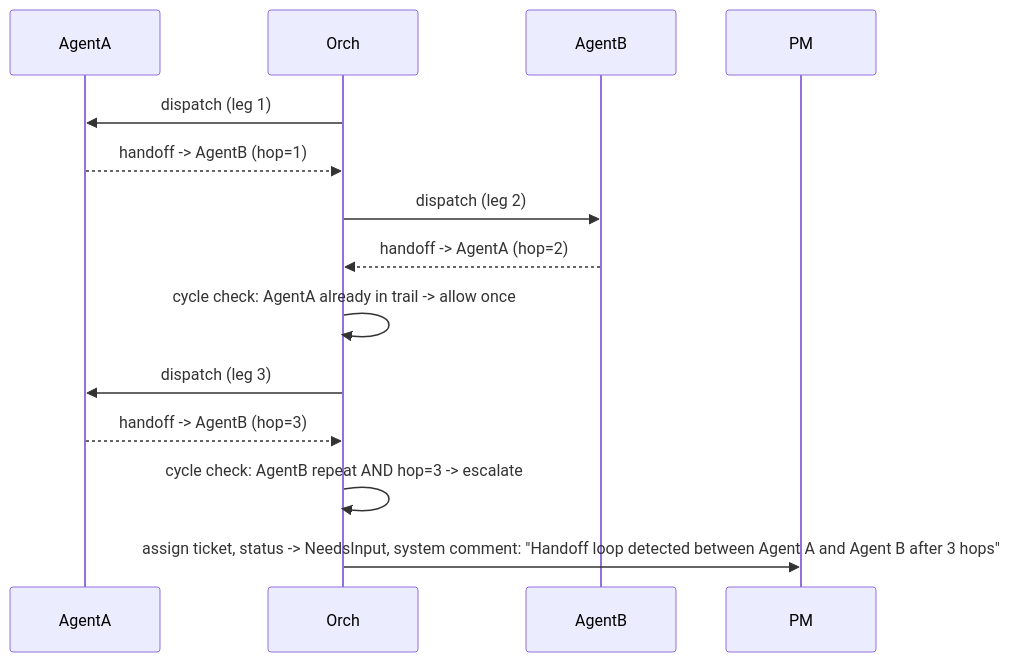
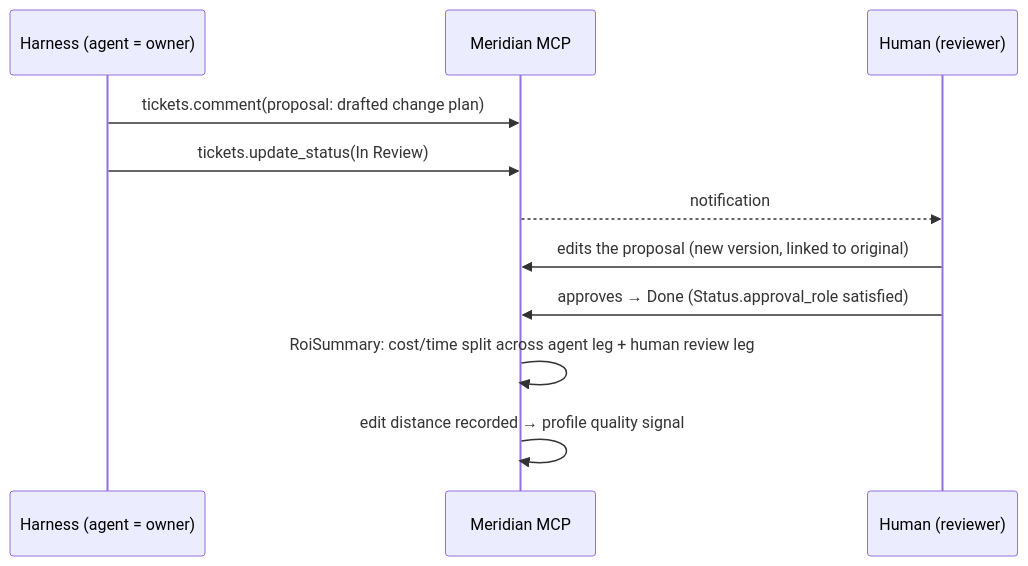
The sixth of 8 diagrams in meridian/docs/05-sequence-flows.md (amishra213/AgentStudio), drawn with Mermaid before and after one commit. The commit also changed other lines of this file and 28 other files, not shown here.

````diff
--- a/meridian/docs/05-sequence-flows.md
+++ b/meridian/docs/05-sequence-flows.md
@@ -69,17 +140,14 @@
 ```mermaid
 sequenceDiagram
-    participant AgentA
-    participant Orch
-    participant AgentB
-    participant PM
+    participant H as Harness (agent = owner)
+    participant MM as Meridian MCP
+    participant Rev as Human (reviewer)
 
-    Orch->>AgentA: dispatch (leg 1)
-    AgentA-->>Orch: handoff -> AgentB (hop=1)
-    Orch->>AgentB: dispatch (leg 2)
-    AgentB-->>Orch: handoff -> AgentA (hop=2)
-    Orch->>Orch: cycle check: AgentA already in trail -> allow once
-    Orch->>AgentA: dispatch (leg 3)
-    AgentA-->>Orch: handoff -> AgentB (hop=3)
-    Orch->>Orch: cycle check: AgentB repeat AND hop=3 -> escalate
-    Orch->>PM: assign ticket, status -> NeedsInput, system comment: "Handoff loop detected between Agent A and Agent B after 3 hops"
+    H->>MM: tickets.comment(proposal: drafted change plan)
+    H->>MM: tickets.update_status(In Review)
+    MM-->>Rev: notification
+    Rev->>MM: edits the proposal (new version, linked to original)
+    Rev->>MM: approves → Done (Status.approval_role satisfied)
+    MM->>MM: RoiSummary: cost/time split across agent leg + human review leg
+    MM->>MM: edit distance recorded → profile quality signal
 ```
````
